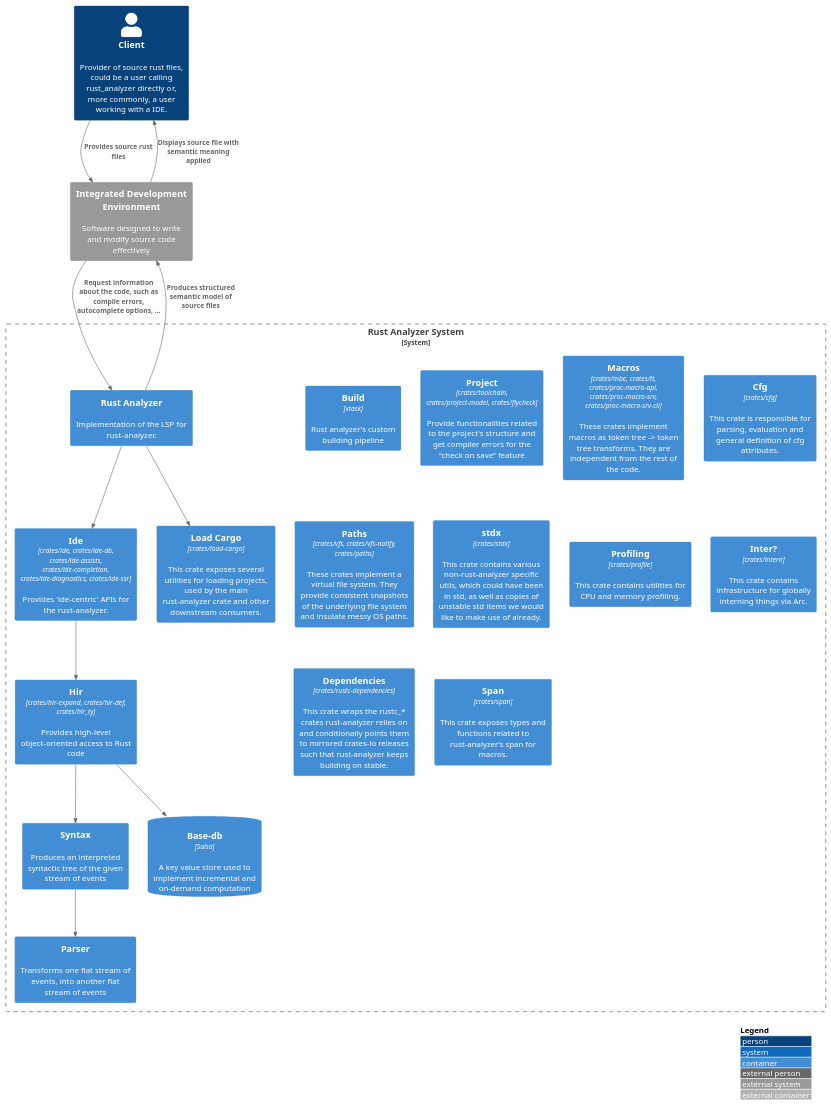
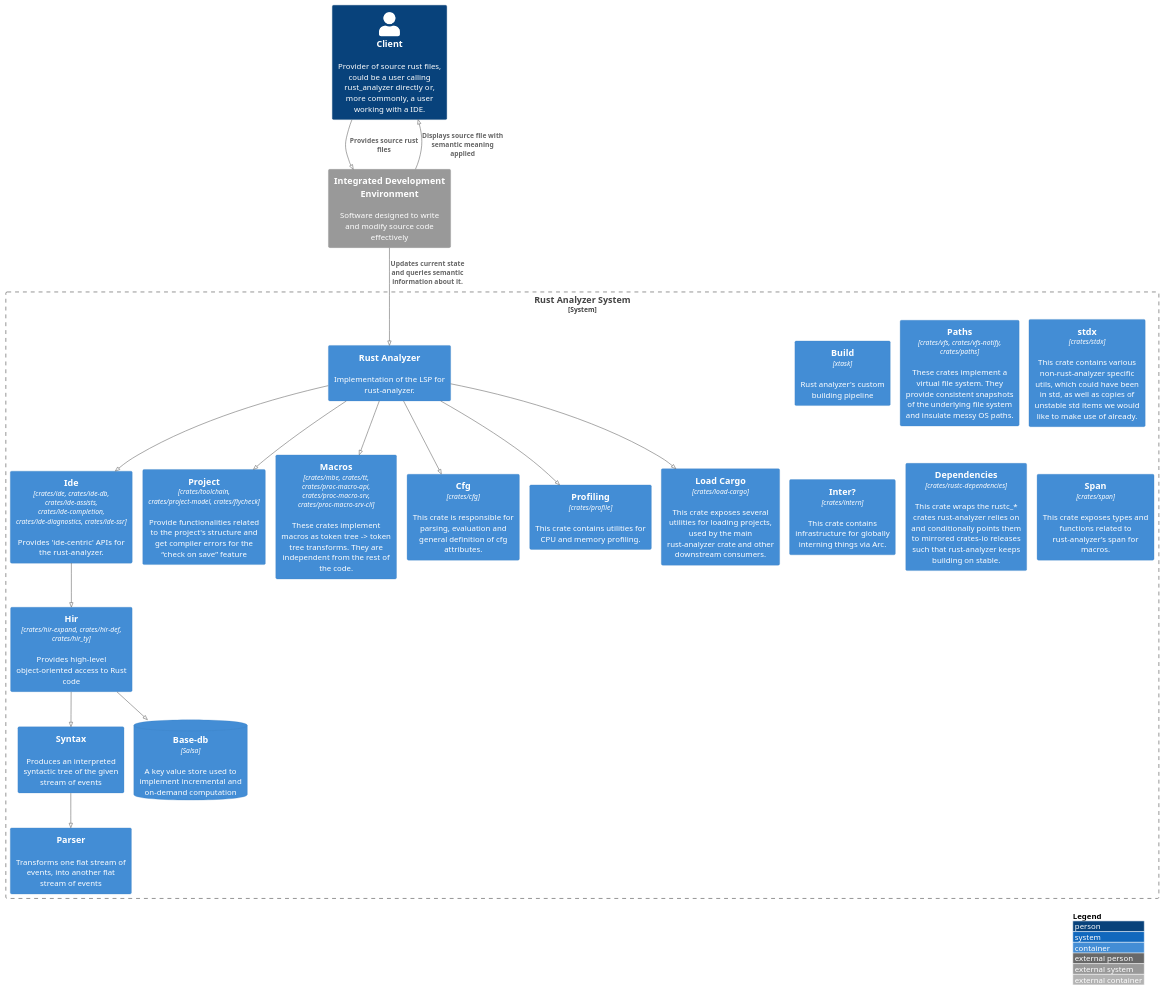
The diagram in src/diagrams/architecture/container.puml (SDATeam10/Project), drawn with PlantUML before and after one commit. The commit also changed other lines of this file and 1 other file, not shown here.

Commit message:
feat: expanded general architecture module, note, this is not C4 compliant yet; I am trying to understand the system before modelling it according to C4 standard

```diff
--- a/src/diagrams/architecture/container.puml
+++ b/src/diagrams/architecture/container.puml
@@ -1,42 +1,46 @@
 @startuml
+!pragma layout smetana
 !include https://raw.githubusercontent.com/plantuml-stdlib/C4-PlantUML/master/C4_Container.puml
 
 LAYOUT_WITH_LEGEND()
 
 Person(client, "Client", "Provider of source rust files, could be a user calling rust_analyzer directly or, more commonly, a user working with a IDE.")
 System_Ext(ide_ext, "Integrated Development Environment", "Software designed to write and modify source code effectively")
 
 System_Boundary(sn, "Rust Analyzer System"){
     Container(build, "Build", "xtask", "Rust analyzer's custom building pipeline" )
     Container(parser, "Parser", "", "Transforms one flat stream of events, into another flat stream of events" )
     Container(syntax, "Syntax", "", "Produces an interpreted syntactic tree of the given stream of events" )
     ContainerDb(basedb, "Base-db", "Salsa", "A key value store used to implement incremental and on-demand computation" )
     Container(hir, "Hir", "crates/hir-expand, crates/hir-def, crates/hir_ty", "Provides high-level object-oriented access to Rust code" )
     Container(ide_int, "Ide", "crates/ide, crates/ide-db, crates/ide-assists, crates/ide-completion, crates/ide-diagnostics, crates/ide-ssr", "Provides 'ide-centric' APIs for the rust-analyzer.")
     Container(rustanalyzer, "Rust Analyzer", "", "Implementation of the LSP for rust-analyzer.")
     Container(project, "Project", "crates/toolchain, crates/project-model, crates/flycheck", "Provide functionalities related to the project's structure and get compiler errors for the “check on save” feature")
     Container(macro, "Macros", "crates/mbe, crates/tt, crates/proc-macro-api, crates/proc-macro-srv, crates/proc-macro-srv-cli", "These crates implement macros as token tree -> token tree transforms. They are independent from the rest of the code.")
     Container(cfg, "Cfg", "crates/cfg", "This crate is responsible for parsing, evaluation and general definition of cfg attributes.")
     Container(paths, "Paths", "crates/vfs, crates/vfs-notify, crates/paths", "These crates implement a virtual file system. They provide consistent snapshots of the underlying file system and insulate messy OS paths.")
     Container(stdx, "stdx", "crates/stdx", "This crate contains various non-rust-analyzer specific utils, which could have been in std, as well as copies of unstable std items we would like to make use of already.")
     Container(profile, "Profiling", "crates/profile", "This crate contains utilities for CPU and memory profiling.")
     Container(intern, "Inter?", "crates/intern", "This crate contains infrastructure for globally interning things via Arc.")
     Container(loadcargo, "Load Cargo", "crates/load-cargo", "This crate exposes several utilities for loading projects, used by the main rust-analyzer crate and other downstream consumers.")
     Container(dependencies, "Dependencies", "crates/rustc-dependencies", "This crate wraps the rustc_* crates rust-analyzer relies on and conditionally points them to mirrored crates-io releases such that rust-analyzer keeps building on stable.")
     Container(span, "Span", "crates/span", "This crate exposes types and functions related to rust-analyzer’s span for macros.")
 
 }
 
 Rel(rustanalyzer, ide_int, "")
 Rel(ide_int, hir, "")
 Rel(hir, syntax, "")
 Rel(hir, basedb, "")
 Rel(syntax, parser, "")
 Rel(rustanalyzer, loadcargo, "")
+Rel(rustanalyzer, project, "")
+Rel(rustanalyzer, macro, "")
+Rel(rustanalyzer, cfg, "")
+Rel(rustanalyzer, profile, "")
 
 Rel(client, ide_ext, "Provides source rust files")
-Rel(ide_ext, rustanalyzer, "Request information about the code, such as compile errors, autocomplete options, ...")
-Rel(rustanalyzer, ide_ext, "Produces structured semantic model of source files")
+Rel(ide_ext, rustanalyzer, "Updates current state and queries semantic information about it.")
 Rel(ide_ext, client, "Displays source file with semantic meaning applied")
 
 @enduml
```
